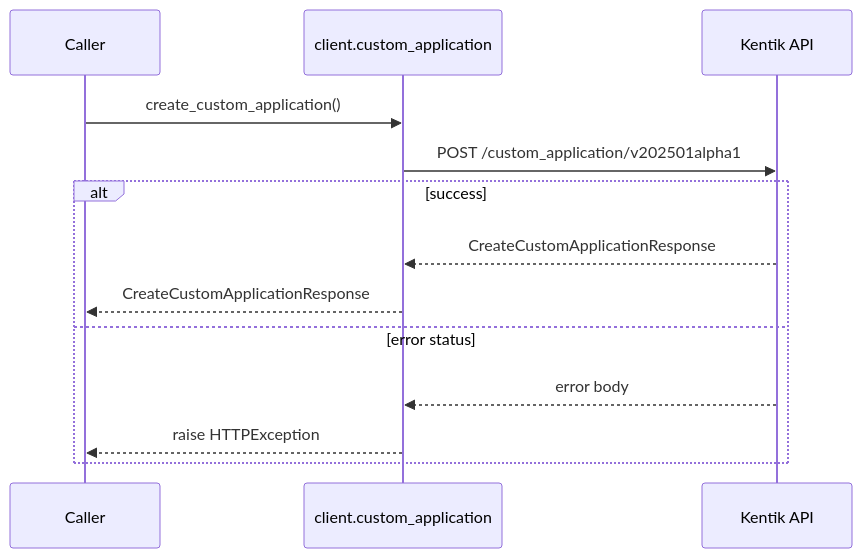
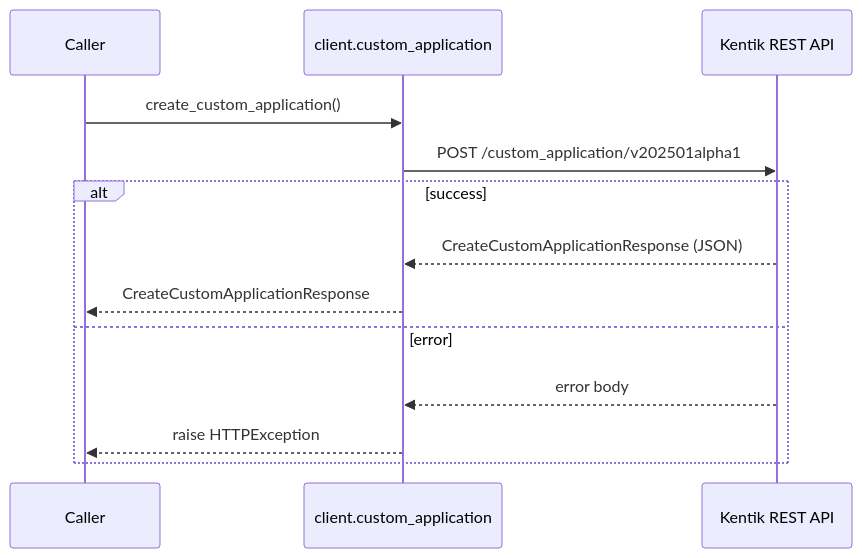
Before and after one commit to alexdearaujo/community_sdk_python: the fourth of 12 diagrams in docs/sphinx/services/custom_application.md, drawn with Mermaid. The commit also changed other lines of this file and 61 other files, not shown here.

````diff
--- a/docs/sphinx/services/custom_application.md
+++ b/docs/sphinx/services/custom_application.md
@@ -75,16 +102,16 @@
 ```mermaid
 sequenceDiagram
     participant C as Caller
     participant W as client.custom_application
-    participant API as Kentik API
+    participant API as Kentik REST API
 
     C->>W: create_custom_application()
     W->>API: POST /custom_application/v202501alpha1
     alt success
-        API-->>W: CreateCustomApplicationResponse
+        API-->>W: CreateCustomApplicationResponse (JSON)
         W-->>C: CreateCustomApplicationResponse
-    else error status
+    else error
         API-->>W: error body
         W-->>C: raise HTTPException
     end
 ```
````
